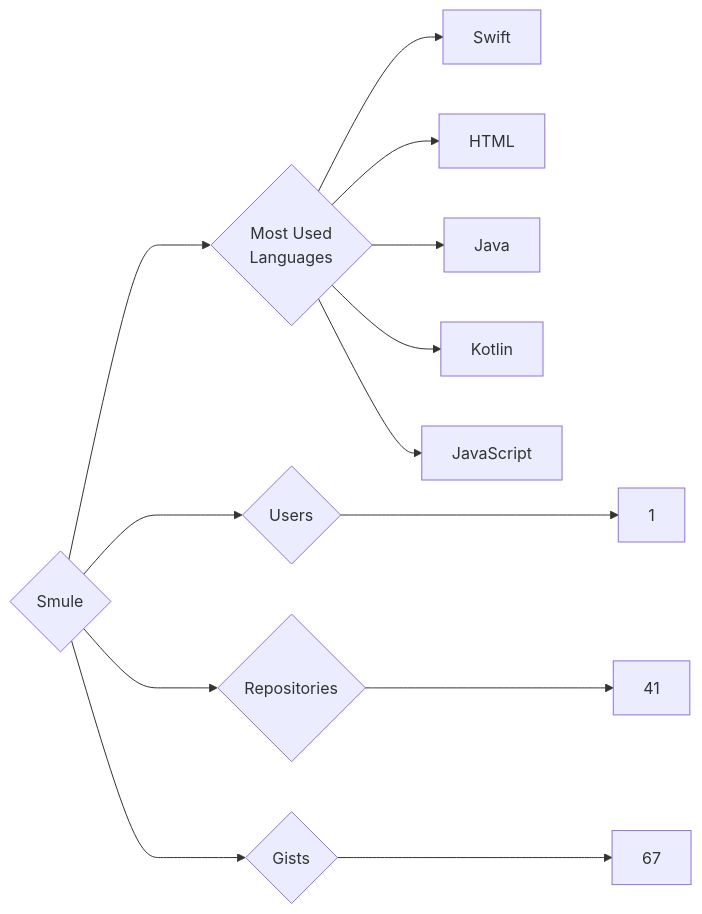
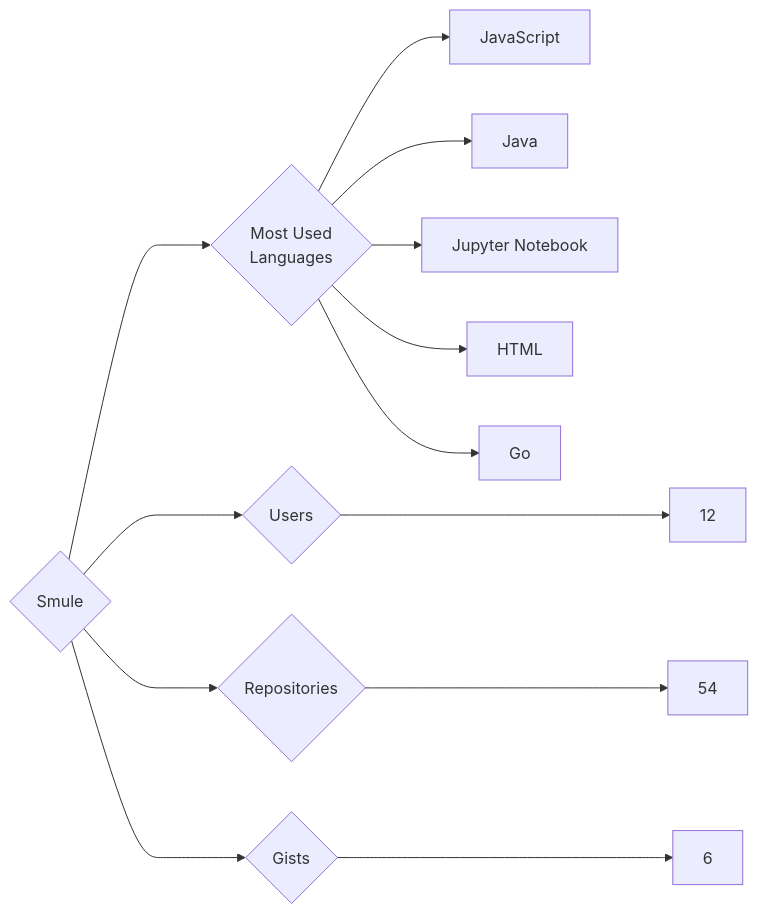
One commit to trickest/insiders changed the diagram in targets/Smule/README.md. Above: the diagram before and after it, drawn with Mermaid. The commit also changed 973 other files, not shown here.

````diff
--- a/targets/Smule/README.md
+++ b/targets/Smule/README.md
@@ -3,13 +3,13 @@
 ```mermaid
 graph LR
 COMPANY_NAME{Smule}
-COMPANY_NAME ---> U{Users} ---> UN[1]
-COMPANY_NAME ---> R{Repositories} ---> RN[41]
-COMPANY_NAME ---> G{Gists} ---> GN[67]
+COMPANY_NAME ---> U{Users} ---> UN[12]
+COMPANY_NAME ---> R{Repositories} ---> RN[54]
+COMPANY_NAME ---> G{Gists} ---> GN[6]
 COMPANY_NAME ---> ML{Most Used<br>Languages}
-ML --> Swift[Swift]
+ML --> JavaScript[JavaScript]
+ML --> Java[Java]
+ML --> Jupyter_Notebook[Jupyter Notebook]
 ML --> HTML[HTML]
-ML --> Java[Java]
-ML --> Kotlin[Kotlin]
-ML --> JavaScript[JavaScript]
+ML --> Go[Go]
 ```
````
